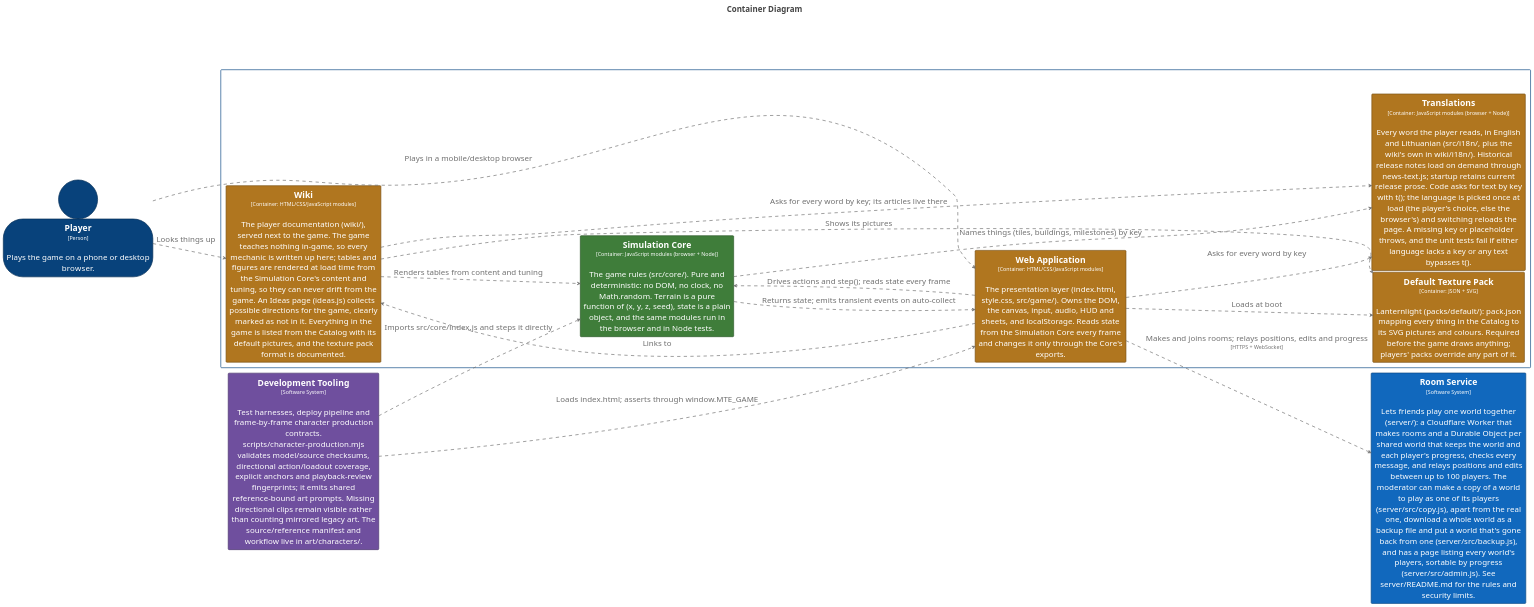
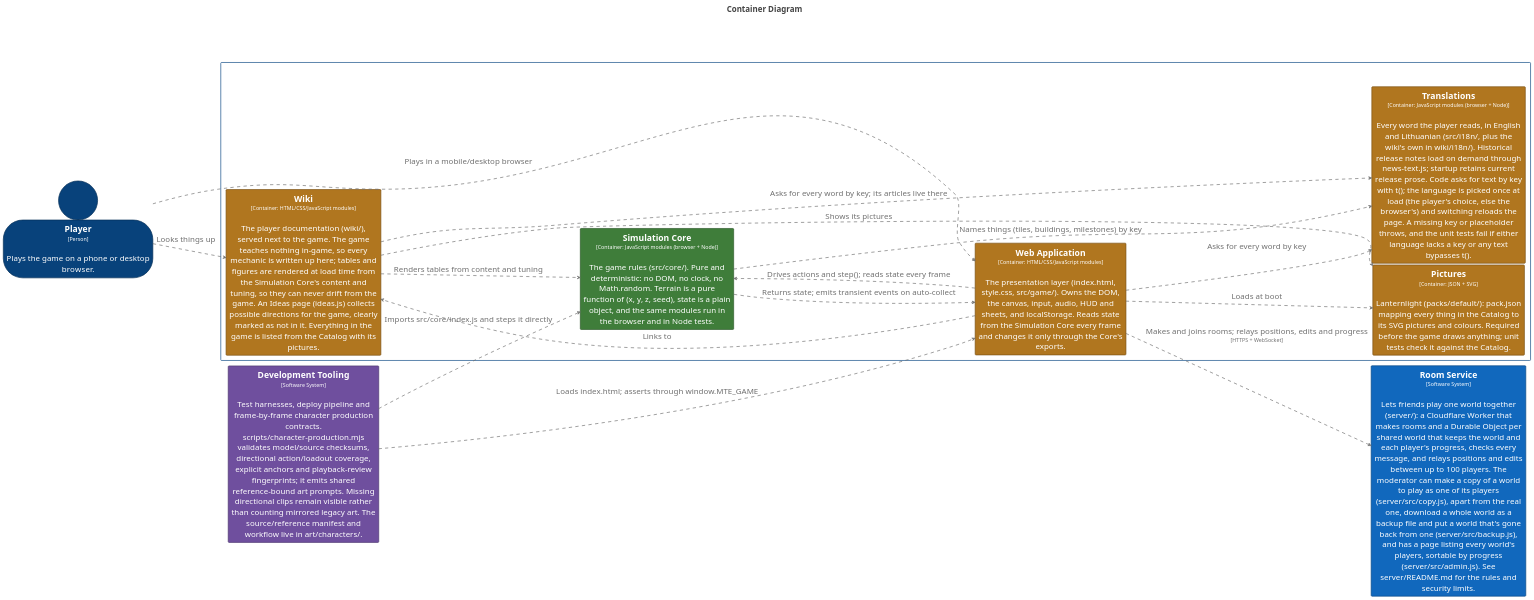
Before and after one commit to bitkojine/more-than-enough: the diagram in structurizr/diagrams/Containers.puml, drawn with PlantUML. The commit also changed 46 other files, not shown here.

First line of the commit message:
Remove custom texture packs; the game keeps its one look (v0.164.0)

```diff
--- a/structurizr/diagrams/Containers.puml
+++ b/structurizr/diagrams/Containers.puml
@@ -2,124 +2,124 @@
 @startuml
 title <size:24>Container Diagram</size>
 
 set separator none
 left to right direction
 skinparam ranksep 20
 skinparam nodesep 5
 hide stereotype
 
 <style>
   root {
     BackgroundColor: #ffffff;
     FontColor: #444444;
   }
   // Element,Container,Core Engine
   .Element-RWxlbWVudCxDb250YWluZXIsQ29yZSBFbmdpbmU= {
     BackgroundColor: #3f7d3a;
     LineColor: #2c5728;
     LineStyle: 0;
     LineThickness: 2;
     FontColor: #ffffff;
     FontSize: 24;
     HorizontalAlignment: center;
     Shadowing: 0;
     MaximumWidth: 450;
   }
   // Element,Container,Presentation
   .Element-RWxlbWVudCxDb250YWluZXIsUHJlc2VudGF0aW9u {
     BackgroundColor: #b0761f;
     LineColor: #7b5215;
     LineStyle: 0;
     LineThickness: 2;
     FontColor: #ffffff;
     FontSize: 24;
     HorizontalAlignment: center;
     Shadowing: 0;
     MaximumWidth: 450;
   }
   // Element,Person
   .Element-RWxlbWVudCxQZXJzb24= {
     BackgroundColor: #08427b;
     LineColor: #052e56;
     LineStyle: 0;
     LineThickness: 2;
     FontColor: #ffffff;
     FontSize: 24;
     HorizontalAlignment: center;
     Shadowing: 0;
     MaximumWidth: 450;
   }
   // Element,Software System
   .Element-RWxlbWVudCxTb2Z0d2FyZSBTeXN0ZW0= {
     BackgroundColor: #1168bd;
     LineColor: #0b4884;
     LineStyle: 0;
     LineThickness: 2;
     FontColor: #ffffff;
     FontSize: 24;
     HorizontalAlignment: center;
     Shadowing: 0;
     MaximumWidth: 450;
   }
   // Element,Software System,Tooling
   .Element-RWxlbWVudCxTb2Z0d2FyZSBTeXN0ZW0sVG9vbGluZw== {
     BackgroundColor: #6f4f9e;
     LineColor: #4d376e;
     LineStyle: 0;
     LineThickness: 2;
     FontColor: #ffffff;
     FontSize: 24;
     HorizontalAlignment: center;
     Shadowing: 0;
     MaximumWidth: 450;
   }
   // Relationship
   .Relationship-UmVsYXRpb25zaGlw {
     LineThickness: 2;
     LineStyle: 10-10;
     LineColor: #707070;
     FontColor: #707070;
     FontSize: 24;
     MaximumWidth: 200;
   }
   // MORE THAN ENOUGH
   .Boundary-TU9SRSBUSEFOIEVOT1VHSA== {
     BackgroundColor: #ffffff;
     LineColor: #0b4884;
     LineStyle: 0;
     LineThickness: 2;
     FontColor: #ffffff;
     FontSize: 24;
     HorizontalAlignment: center;
     Shadowing: 0;
   }
 </style>
 
 person "==Player\n<size:16>[Person]</size>\n\nPlays the game on a phone or desktop browser." <<Element-RWxlbWVudCxQZXJzb24=>> as Player
 rectangle "==Room Service\n<size:16>[Software System]</size>\n\nLets friends play one world together (server/): a Cloudflare Worker that makes rooms and a Durable Object per shared world that keeps the world and each player's progress, checks every message, and relays positions and edits between up to 100 players. The moderator can make a copy of a world to play as one of its players (server/src/copy.js), apart from the real one, download a whole world as a backup file and put a world that's gone back from one (server/src/backup.js), and has a page listing every world's players, sortable by progress (server/src/admin.js). See server/README.md for the rules and security limits." <<Element-RWxlbWVudCxTb2Z0d2FyZSBTeXN0ZW0=>> as RoomService
 rectangle "==Development Tooling\n<size:16>[Software System]</size>\n\nTest harnesses, deploy pipeline and frame-by-frame character production contracts. scripts/character-production.mjs validates model/source checksums, directional action/loadout coverage, explicit anchors and playback-review fingerprints; it emits shared reference-bound art prompts. Missing directional clips remain visible rather than counting mirrored legacy art. The source/reference manifest and workflow live in art/characters/." <<Element-RWxlbWVudCxTb2Z0d2FyZSBTeXN0ZW0sVG9vbGluZw==>> as DevelopmentTooling
 
 rectangle "MORE THAN ENOUGH\n<size:16>[Software System]</size>" <<Boundary-TU9SRSBUSEFOIEVOT1VHSA==>> {
-  rectangle "==Default Texture Pack\n<size:16>[Container: JSON + SVG]</size>\n\nLanternlight (packs/default/): pack.json mapping every thing in the Catalog to its SVG pictures and colours. Required before the game draws anything; players' packs override any part of it." <<Element-RWxlbWVudCxDb250YWluZXIsUHJlc2VudGF0aW9u>> as MORETHANENOUGH.DefaultTexturePack
-  rectangle "==Wiki\n<size:16>[Container: HTML/CSS/JavaScript modules]</size>\n\nThe player documentation (wiki/), served next to the game. The game teaches nothing in-game, so every mechanic is written up here; tables and figures are rendered at load time from the Simulation Core's content and tuning, so they can never drift from the game. An Ideas page (ideas.js) collects possible directions for the game, clearly marked as not in it. Everything in the game is listed from the Catalog with its default pictures, and the texture pack format is documented." <<Element-RWxlbWVudCxDb250YWluZXIsUHJlc2VudGF0aW9u>> as MORETHANENOUGH.Wiki
+  rectangle "==Pictures\n<size:16>[Container: JSON + SVG]</size>\n\nLanternlight (packs/default/): pack.json mapping every thing in the Catalog to its SVG pictures and colours. Required before the game draws anything; unit tests check it against the Catalog." <<Element-RWxlbWVudCxDb250YWluZXIsUHJlc2VudGF0aW9u>> as MORETHANENOUGH.Pictures
+  rectangle "==Wiki\n<size:16>[Container: HTML/CSS/JavaScript modules]</size>\n\nThe player documentation (wiki/), served next to the game. The game teaches nothing in-game, so every mechanic is written up here; tables and figures are rendered at load time from the Simulation Core's content and tuning, so they can never drift from the game. An Ideas page (ideas.js) collects possible directions for the game, clearly marked as not in it. Everything in the game is listed from the Catalog with its pictures." <<Element-RWxlbWVudCxDb250YWluZXIsUHJlc2VudGF0aW9u>> as MORETHANENOUGH.Wiki
   rectangle "==Translations\n<size:16>[Container: JavaScript modules (browser + Node)]</size>\n\nEvery word the player reads, in English and Lithuanian (src/i18n/, plus the wiki's own in wiki/i18n/). Historical release notes load on demand through news-text.js; startup retains current release prose. Code asks for text by key with t(); the language is picked once at load (the player's choice, else the browser's) and switching reloads the page. A missing key or placeholder throws, and the unit tests fail if either language lacks a key or any text bypasses t()." <<Element-RWxlbWVudCxDb250YWluZXIsUHJlc2VudGF0aW9u>> as MORETHANENOUGH.Translations
   rectangle "==Simulation Core\n<size:16>[Container: JavaScript modules (browser + Node)]</size>\n\nThe game rules (src/core/). Pure and deterministic: no DOM, no clock, no Math.random. Terrain is a pure function of (x, y, z, seed), state is a plain object, and the same modules run in the browser and in Node tests." <<Element-RWxlbWVudCxDb250YWluZXIsQ29yZSBFbmdpbmU=>> as MORETHANENOUGH.SimulationCore
   rectangle "==Web Application\n<size:16>[Container: HTML/CSS/JavaScript modules]</size>\n\nThe presentation layer (index.html, style.css, src/game/). Owns the DOM, the canvas, input, audio, HUD and sheets, and localStorage. Reads state from the Simulation Core every frame and changes it only through the Core's exports." <<Element-RWxlbWVudCxDb250YWluZXIsUHJlc2VudGF0aW9u>> as MORETHANENOUGH.WebApplication
 }
 
-MORETHANENOUGH.WebApplication --> MORETHANENOUGH.DefaultTexturePack <<Relationship-UmVsYXRpb25zaGlw>> : "Loads at boot"
-MORETHANENOUGH.Wiki --> MORETHANENOUGH.DefaultTexturePack <<Relationship-UmVsYXRpb25zaGlw>> : "Shows its pictures"
+MORETHANENOUGH.WebApplication --> MORETHANENOUGH.Pictures <<Relationship-UmVsYXRpb25zaGlw>> : "Loads at boot"
+MORETHANENOUGH.Wiki --> MORETHANENOUGH.Pictures <<Relationship-UmVsYXRpb25zaGlw>> : "Shows its pictures"
 Player --> MORETHANENOUGH.WebApplication <<Relationship-UmVsYXRpb25zaGlw>> : "Plays in a mobile/desktop browser"
 Player --> MORETHANENOUGH.Wiki <<Relationship-UmVsYXRpb25zaGlw>> : "Looks things up"
 MORETHANENOUGH.WebApplication --> MORETHANENOUGH.Wiki <<Relationship-UmVsYXRpb25zaGlw>> : "Links to"
 MORETHANENOUGH.Wiki --> MORETHANENOUGH.SimulationCore <<Relationship-UmVsYXRpb25zaGlw>> : "Renders tables from content and tuning"
 MORETHANENOUGH.WebApplication --> MORETHANENOUGH.Translations <<Relationship-UmVsYXRpb25zaGlw>> : "Asks for every word by key"
 MORETHANENOUGH.SimulationCore --> MORETHANENOUGH.Translations <<Relationship-UmVsYXRpb25zaGlw>> : "Names things (tiles, buildings, milestones) by key"
 MORETHANENOUGH.Wiki --> MORETHANENOUGH.Translations <<Relationship-UmVsYXRpb25zaGlw>> : "Asks for every word by key; its articles live there"
 MORETHANENOUGH.WebApplication --> MORETHANENOUGH.SimulationCore <<Relationship-UmVsYXRpb25zaGlw>> : "Drives actions and step(); reads state every frame"
 MORETHANENOUGH.WebApplication --> RoomService <<Relationship-UmVsYXRpb25zaGlw>> : "Makes and joins rooms; relays positions, edits and progress\n<size:16>[HTTPS + WebSocket]</size>"
 MORETHANENOUGH.SimulationCore --> MORETHANENOUGH.WebApplication <<Relationship-UmVsYXRpb25zaGlw>> : "Returns state; emits transient events on auto-collect"
 DevelopmentTooling --> MORETHANENOUGH.SimulationCore <<Relationship-UmVsYXRpb25zaGlw>> : "Imports src/core/index.js and steps it directly"
 DevelopmentTooling --> MORETHANENOUGH.WebApplication <<Relationship-UmVsYXRpb25zaGlw>> : "Loads index.html; asserts through window.MTE_GAME"
 
 @enduml
```
